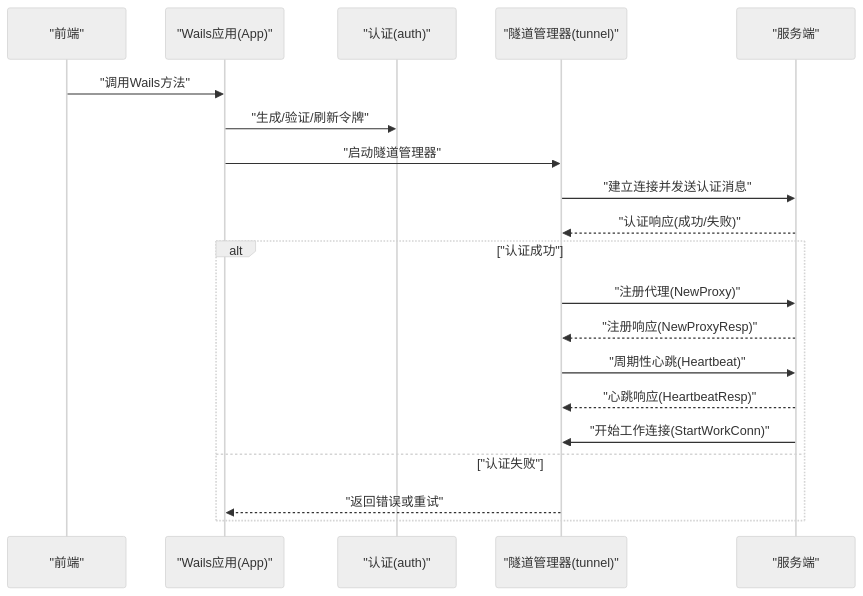
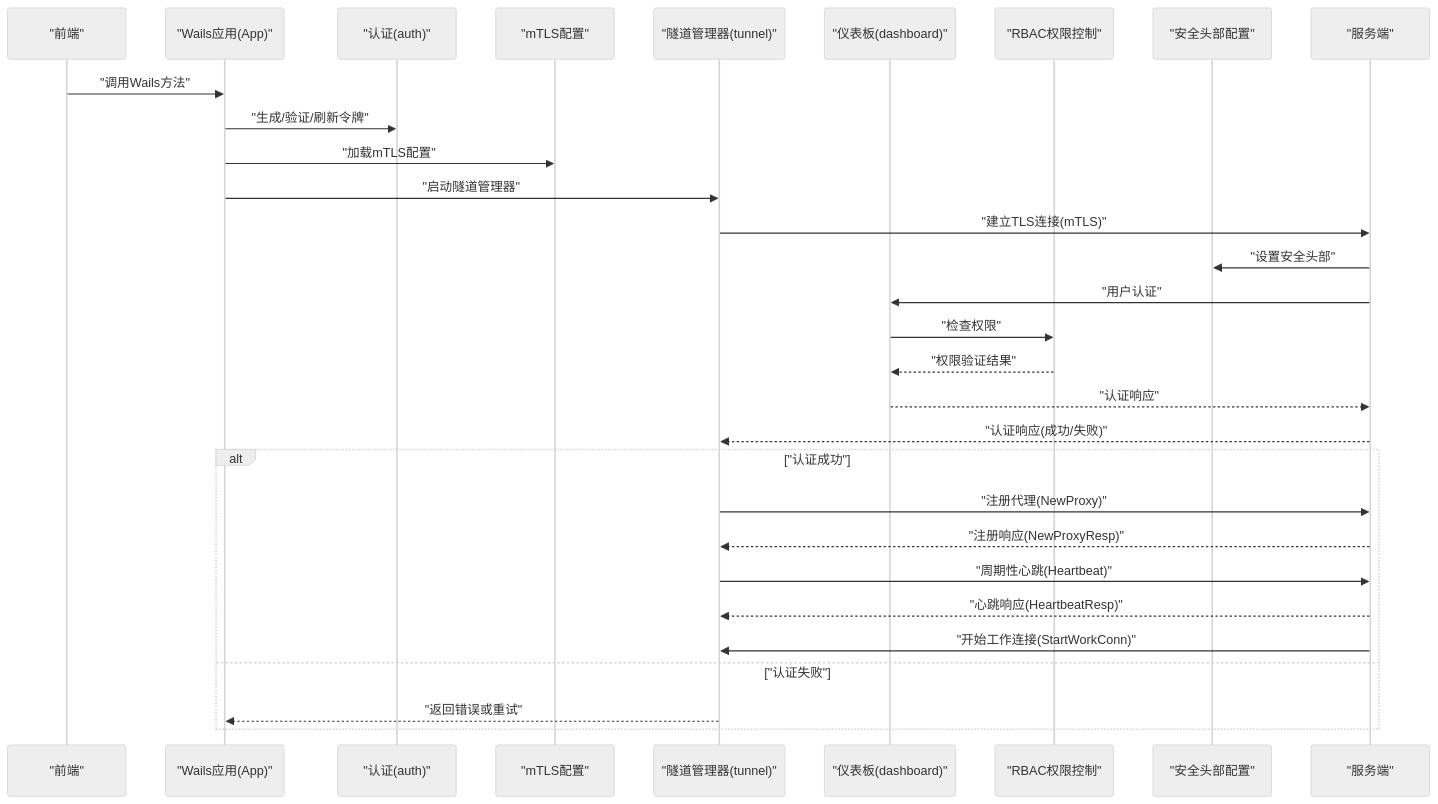
The second of 12 diagrams in .qoder/repowiki/zh/content/桌面端应用/认证系统/认证系统.md (itsharex/NexTunnel), drawn with Mermaid (neutral theme) before and after one commit. The commit also changed other lines of this file and 61 other files, not shown here.

````diff
--- a/.qoder/repowiki/zh/content/桌面端应用/认证系统/认证系统.md
+++ b/.qoder/repowiki/zh/content/桌面端应用/认证系统/认证系统.md
@@ -87,22 +128,32 @@
 ```mermaid
 sequenceDiagram
 participant FE as "前端"
 participant App as "Wails应用(App)"
 participant Auth as "认证(auth)"
+participant MTLS as "mTLS配置"
 participant TMgr as "隧道管理器(tunnel)"
+participant Dash as "仪表板(dashboard)"
+participant RBAC as "RBAC权限控制"
+participant SecHdr as "安全头部配置"
 participant Srv as "服务端"
 FE->>App : "调用Wails方法"
 App->>Auth : "生成/验证/刷新令牌"
+App->>MTLS : "加载mTLS配置"
 App->>TMgr : "启动隧道管理器"
-TMgr->>Srv : "建立连接并发送认证消息"
+TMgr->>Srv : "建立TLS连接(mTLS)"
+Srv->>SecHdr : "设置安全头部"
+Srv->>Dash : "用户认证"
+Dash->>RBAC : "检查权限"
+RBAC-->>Dash : "权限验证结果"
+Dash-->>Srv : "认证响应"
 Srv-->>TMgr : "认证响应(成功/失败)"
 alt "认证成功"
 TMgr->>Srv : "注册代理(NewProxy)"
 Srv-->>TMgr : "注册响应(NewProxyResp)"
 TMgr->>Srv : "周期性心跳(Heartbeat)"
 Srv-->>TMgr : "心跳响应(HeartbeatResp)"
 Srv->>TMgr : "开始工作连接(StartWorkConn)"
 else "认证失败"
 TMgr-->>App : "返回错误或重试"
 end
 ```
````
